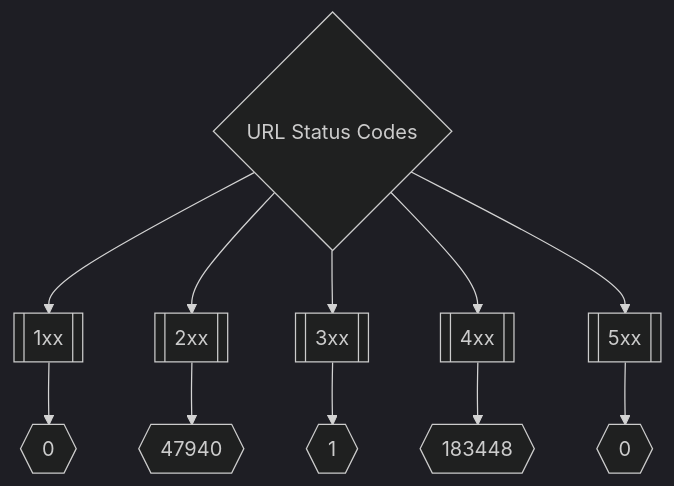
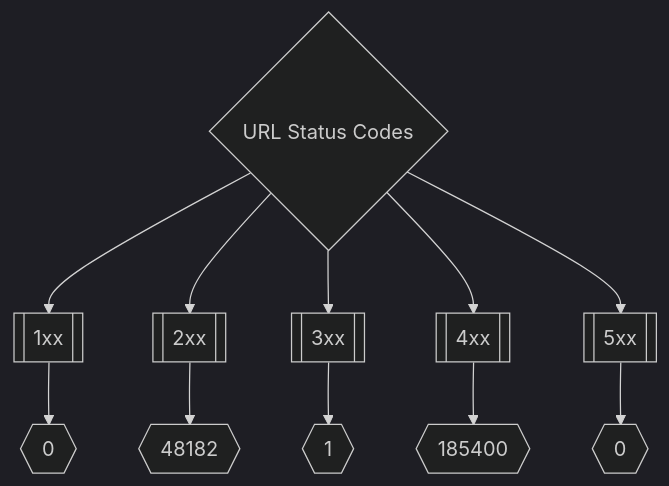
One commit to trickest/inventory changed the second of 3 diagrams in README.md. Above: the diagram before and after it, drawn with Mermaid (dark theme). The commit also changed other lines of this file and 124 other files, not shown here.

````diff
--- a/README.md
+++ b/README.md
@@ -173,8 +173,8 @@
 ```mermaid
 graph TD
 title{URL Status Codes} --> 1xx[[1xx]] --> status1xxNum{{0}}
-title --> 2xx[[2xx]] --> status2xxNum{{47940}}
+title --> 2xx[[2xx]] --> status2xxNum{{48182}}
 title --> 3xx[[3xx]] --> status3xxNum{{1}}
-title --> 4xx[[4xx]] --> status4xxNum{{183448}}
+title --> 4xx[[4xx]] --> status4xxNum{{185400}}
 title --> 5xx[[5xx]] --> status5xxNum{{0}}
 ```
````
